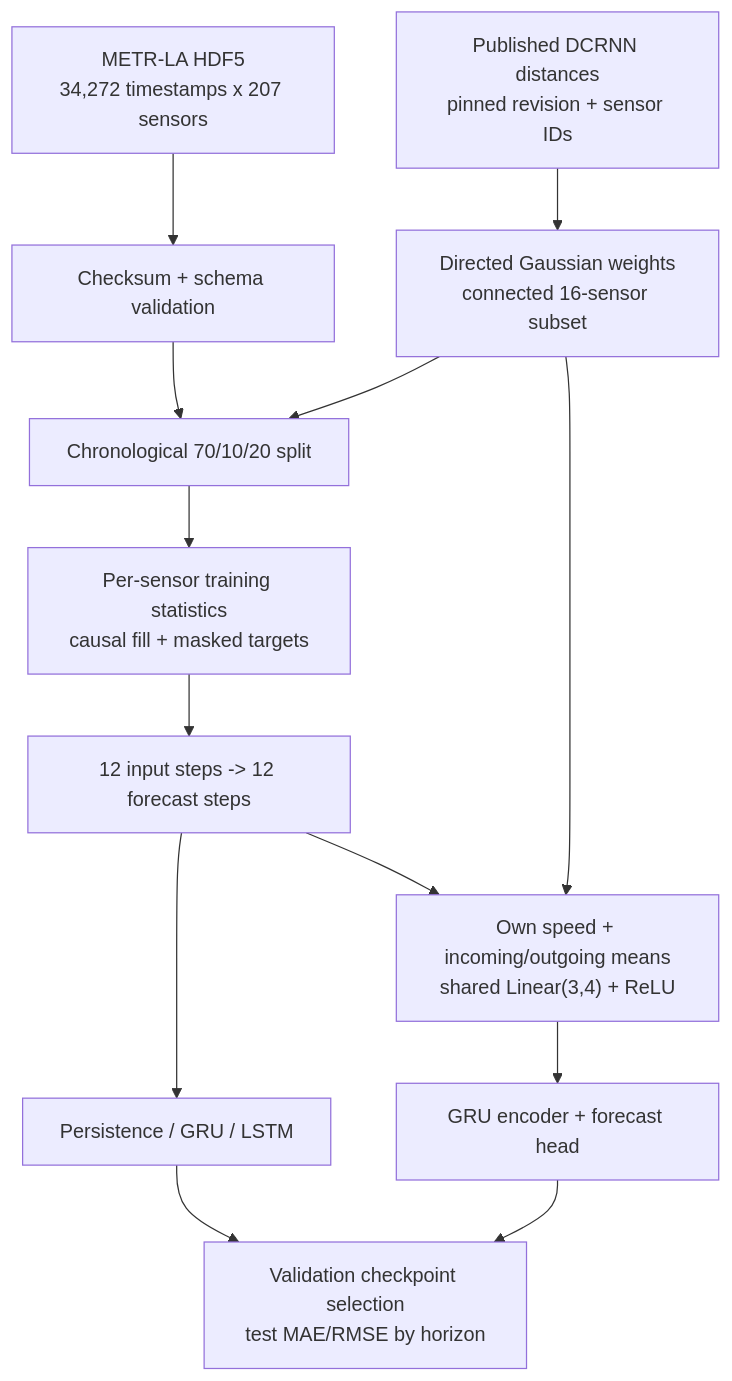
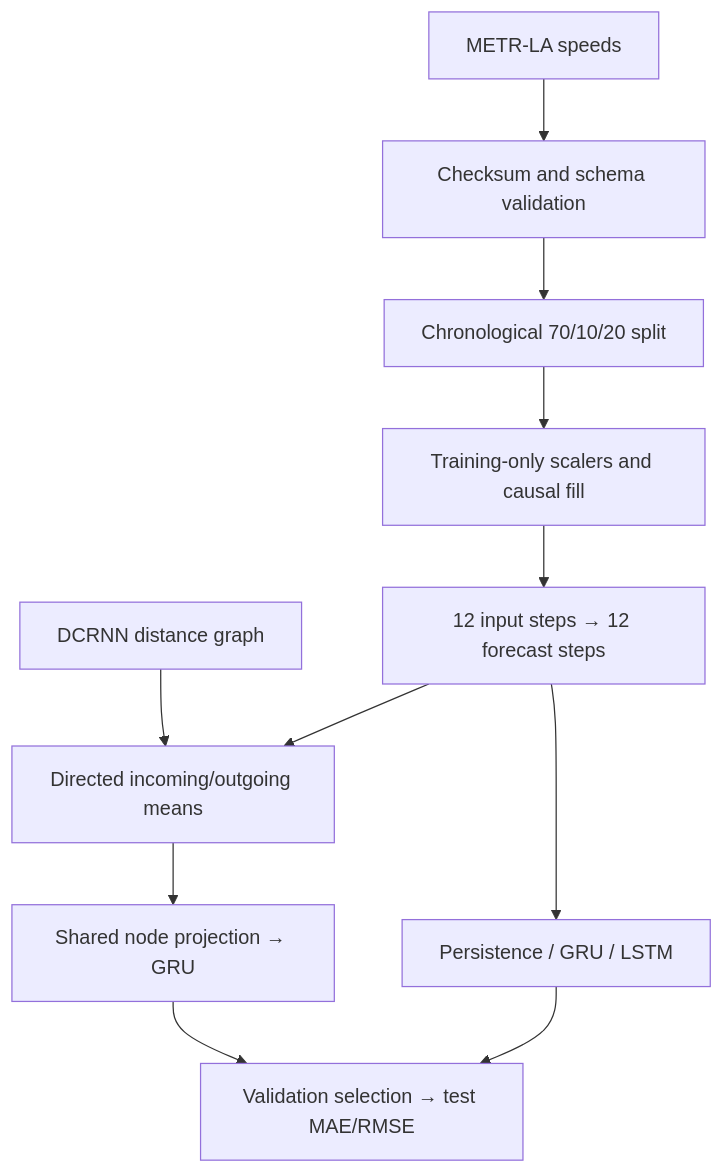
One commit to ivanimmanuel-dev/TraCast changed the diagram in README.md. Above: the diagram before and after it, drawn with Mermaid. The commit also changed other lines of this file and 28 other files, not shown here.

Commit message:
Clean up research documentation and fix configurable Flower studies

````diff
--- a/README.md
+++ b/README.md
@@ -34,15 +73,13 @@
 ```mermaid
 flowchart TD
-    D["METR-LA HDF5<br/>34,272 timestamps x 207 sensors"] --> V["Checksum + schema validation"]
-    T["Published DCRNN distances<br/>pinned revision + sensor IDs"] --> A["Directed Gaussian weights<br/>connected 16-sensor subset"]
-    V --> S["Chronological 70/10/20 split"]
-    A --> S
-    S --> N["Per-sensor training statistics<br/>causal fill + masked targets"]
-    N --> W["12 input steps -> 12 forecast steps"]
-    W --> R["Persistence / GRU / LSTM"]
-    W --> G["Own speed + incoming/outgoing means<br/>shared Linear(3,4) + ReLU"]
-    A --> G
-    G --> H["GRU encoder + forecast head"]
-    R --> E["Validation checkpoint selection<br/>test MAE/RMSE by horizon"]
+    D[METR-LA speeds] --> V[Checksum and schema validation]
+    T[DCRNN distance graph] --> G[Directed incoming/outgoing means]
+    V --> S[Chronological 70/10/20 split]
+    S --> N[Training-only scalers and causal fill]
+    N --> W[12 input steps → 12 forecast steps]
+    W --> R[Persistence / GRU / LSTM]
+    W --> G
+    G --> H[Shared node projection → GRU]
+    R --> E[Validation selection → test MAE/RMSE]
     H --> E
 ```
````
